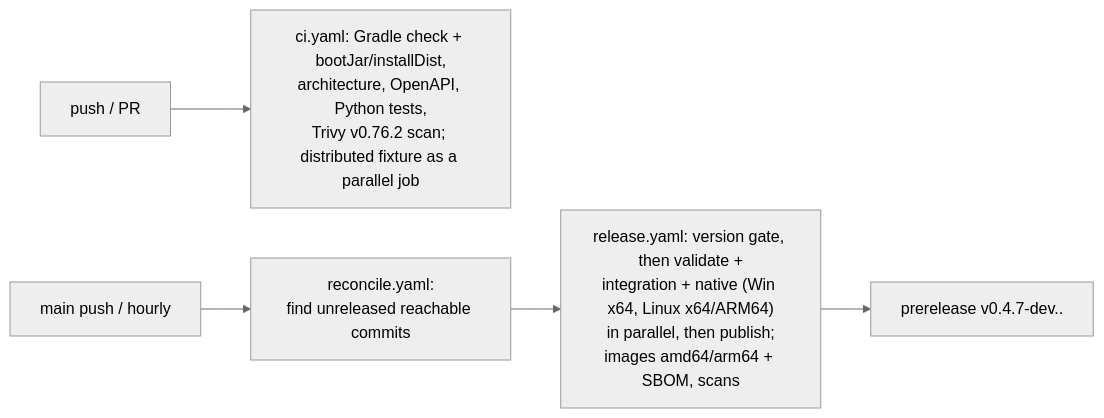
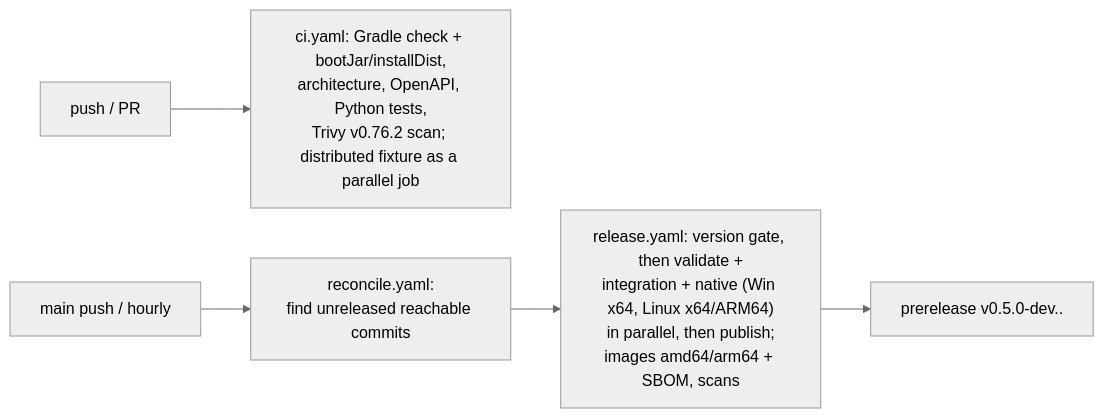
Diagram 12 of 12 in docs/GUIDE.md (athegreat90/minecraft-modsync), drawn with Mermaid (neutral theme) before and after one commit. The commit also changed 124 other files, not shown here.

````diff
--- a/docs/GUIDE.md
+++ b/docs/GUIDE.md
@@ -384,7 +384,7 @@
 ```mermaid
 flowchart LR
   PR[push / PR] --> CI["ci.yaml: Gradle check + bootJar/installDist,\narchitecture, OpenAPI, Python tests,\nTrivy v0.76.2 scan; distributed fixture as a parallel job"]
   main[main push / hourly] --> REC["reconcile.yaml:\nfind unreleased reachable commits"]
   REC --> REL["release.yaml: version gate, then validate +\nintegration + native (Win x64, Linux x64/ARM64)\nin parallel, then publish;\nimages amd64/arm64 + SBOM, scans"]
-  REL --> PRE["prerelease v0.4.7-dev.<time>.<sha>"]
+  REL --> PRE["prerelease v0.5.0-dev.<time>.<sha>"]
 ```
````
